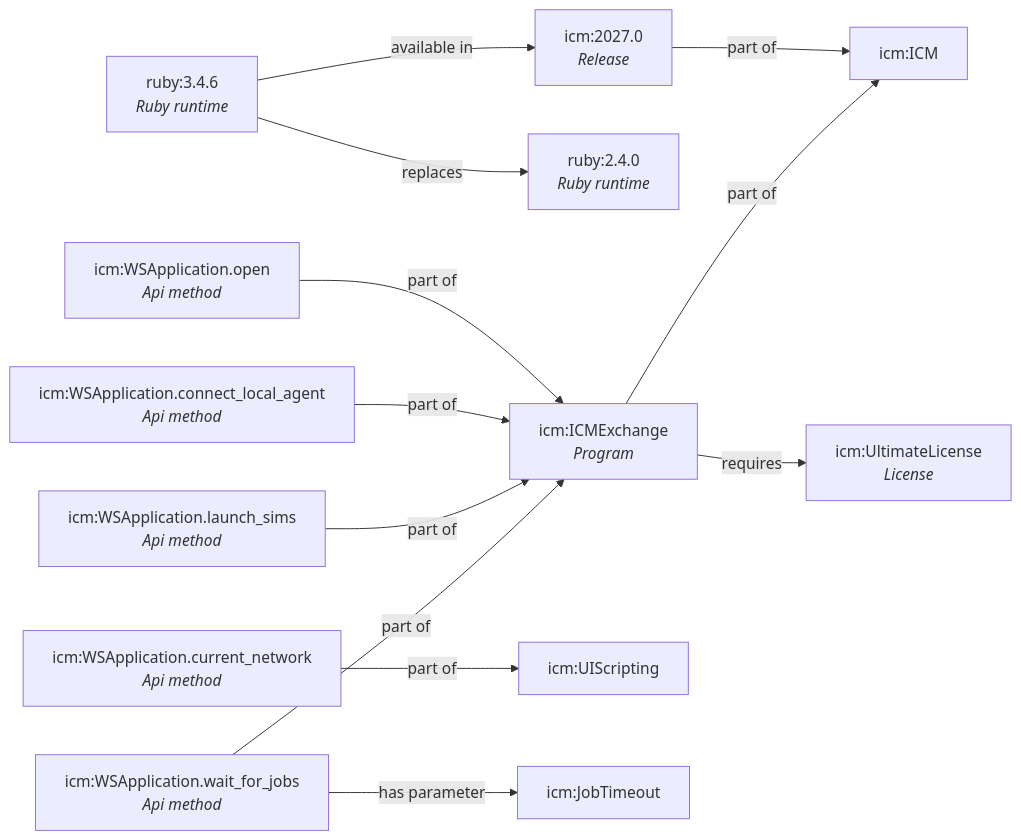
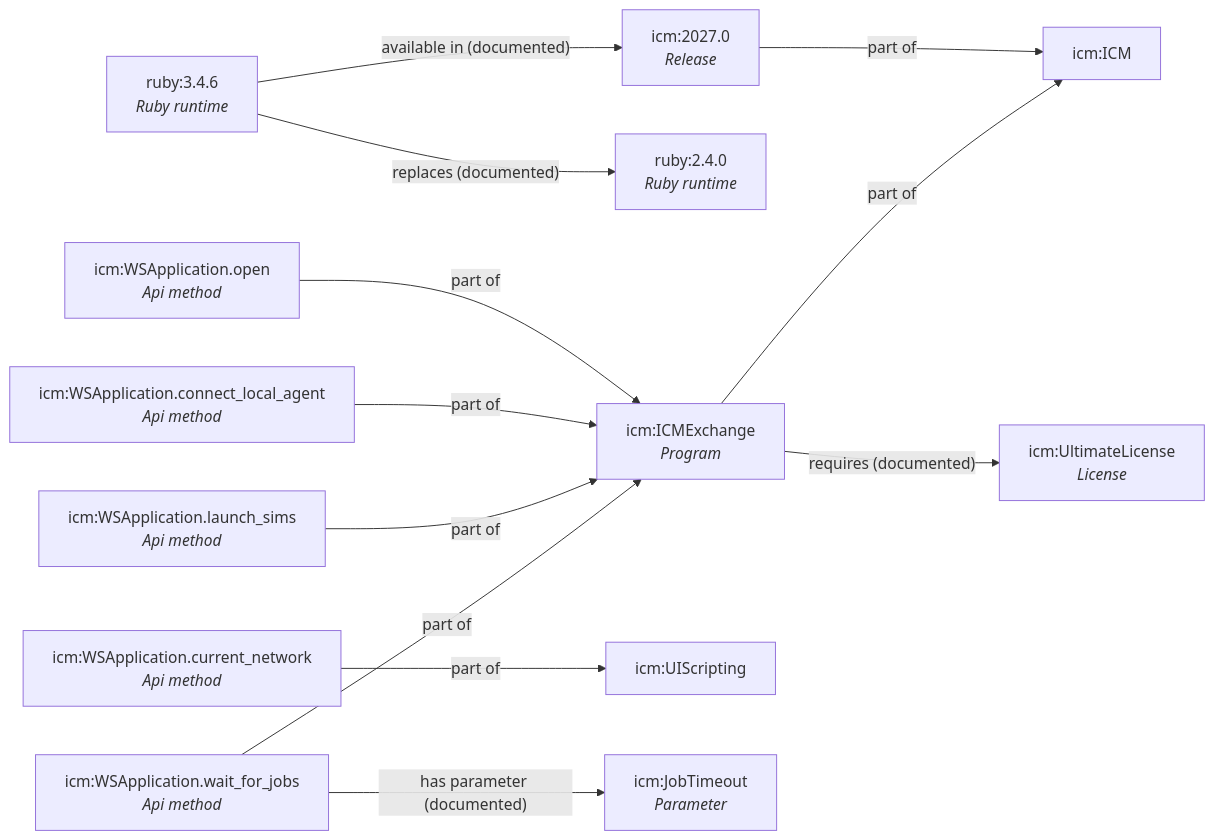
Before and after one commit to dickinsonre/swmm-second-brain: the second of 3 diagrams in ontology/graph.md, drawn with Mermaid. The commit also changed other lines of this file and 21 other files, not shown here.

````diff
--- a/ontology/graph.md
+++ b/ontology/graph.md
@@ -46,27 +46,27 @@
 ```mermaid
 flowchart LR
   n0["ruby:3.4.6<br/><i>Ruby runtime</i>"]
   n1["icm:2027.0<br/><i>Release</i>"]
   n2["ruby:2.4.0<br/><i>Ruby runtime</i>"]
   n3["icm:ICM"]
   n4["icm:ICMExchange<br/><i>Program</i>"]
   n5["icm:UltimateLicense<br/><i>License</i>"]
   n6["icm:WSApplication.current_network<br/><i>Api method</i>"]
   n7["icm:UIScripting"]
   n8["icm:WSApplication.open<br/><i>Api method</i>"]
   n9["icm:WSApplication.connect_local_agent<br/><i>Api method</i>"]
   n10["icm:WSApplication.launch_sims<br/><i>Api method</i>"]
   n11["icm:WSApplication.wait_for_jobs<br/><i>Api method</i>"]
-  n12["icm:JobTimeout"]
-  n0 -- available in --> n1
-  n0 -- replaces --> n2
-  n1 -- part of --> n3
-  n4 -- part of --> n3
-  n4 -- requires --> n5
-  n6 -- part of --> n7
-  n8 -- part of --> n4
-  n9 -- part of --> n4
-  n10 -- part of --> n4
-  n11 -- part of --> n4
-  n11 -- has parameter --> n12
+  n12["icm:JobTimeout<br/><i>Parameter</i>"]
+  n0 -->|"available in (documented)"| n1
+  n0 -->|"replaces (documented)"| n2
+  n1 -->|"part of"| n3
+  n4 -->|"part of"| n3
+  n4 -->|"requires (documented)"| n5
+  n6 -->|"part of"| n7
+  n8 -->|"part of"| n4
+  n9 -->|"part of"| n4
+  n10 -->|"part of"| n4
+  n11 -->|"part of"| n4
+  n11 -->|"has parameter (documented)"| n12
 ```
````
